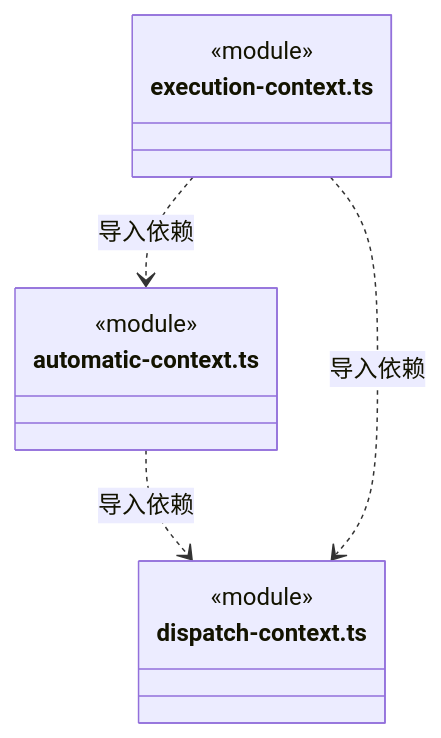
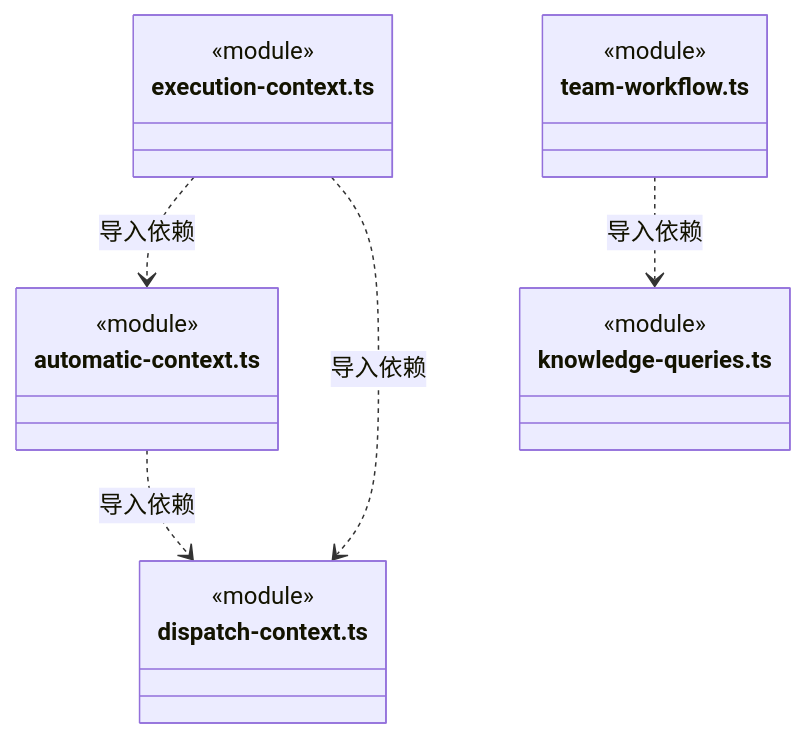
The eighth of 9 diagrams in src/backend/scheduler-engine/context/ARCHITECTURE.md (nan023062/cbim), drawn with Mermaid before and after one commit. The commit also changed other lines of this file and 32 other files, not shown here.

First line of the commit message:
refactor: isolate knowledge queries and scoped domain tests

````diff
--- a/src/backend/scheduler-engine/context/ARCHITECTURE.md
+++ b/src/backend/scheduler-engine/context/ARCHITECTURE.md
@@ -99,15 +119,22 @@
 ```mermaid
 classDiagram
 class N_src_backend_scheduler_engine_context_automatic_context_ts["automatic-context.ts"] {
   <<module>>
 }
 class N_src_backend_scheduler_engine_context_dispatch_context_ts["dispatch-context.ts"] {
   <<module>>
 }
 class N_src_backend_scheduler_engine_context_execution_context_ts["execution-context.ts"] {
   <<module>>
 }
+class N_src_backend_scheduler_engine_context_team_workflow_ts["team-workflow.ts"] {
+  <<module>>
+}
+class N_src_backend_scheduler_engine_context_knowledge_queries_ts["knowledge-queries.ts"] {
+  <<module>>
+}
 N_src_backend_scheduler_engine_context_automatic_context_ts ..> N_src_backend_scheduler_engine_context_dispatch_context_ts : 导入依赖
 N_src_backend_scheduler_engine_context_execution_context_ts ..> N_src_backend_scheduler_engine_context_automatic_context_ts : 导入依赖
 N_src_backend_scheduler_engine_context_execution_context_ts ..> N_src_backend_scheduler_engine_context_dispatch_context_ts : 导入依赖
+N_src_backend_scheduler_engine_context_team_workflow_ts ..> N_src_backend_scheduler_engine_context_knowledge_queries_ts : 导入依赖
 ```
````
